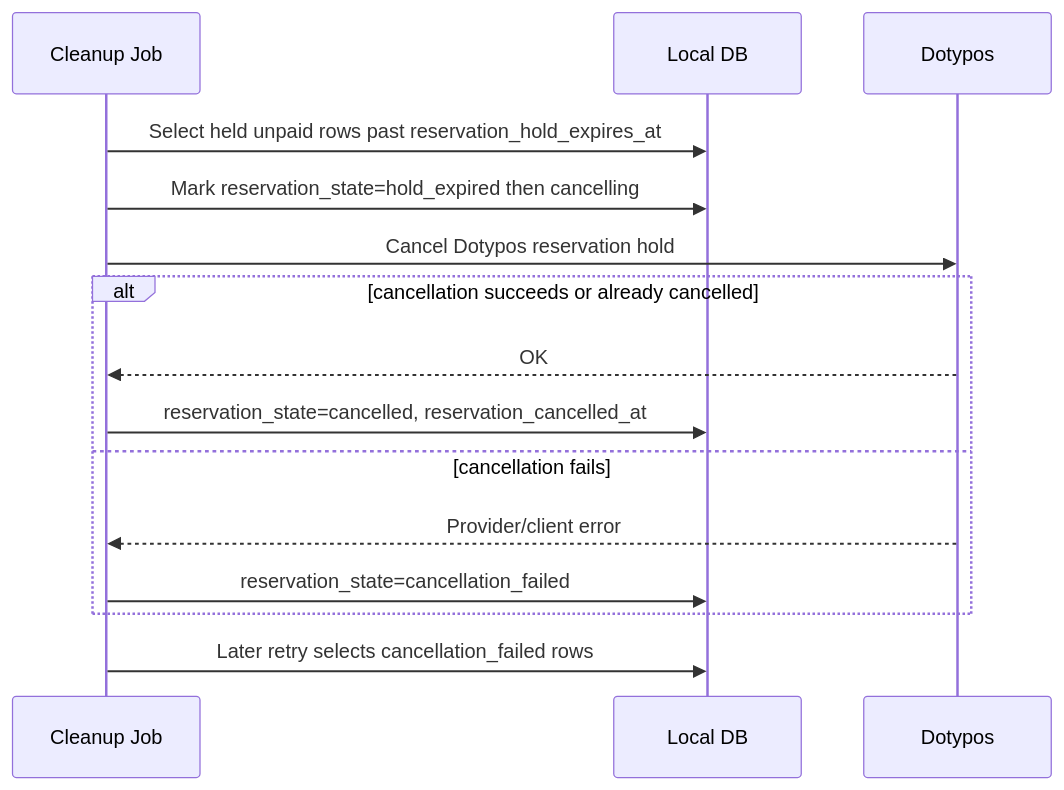
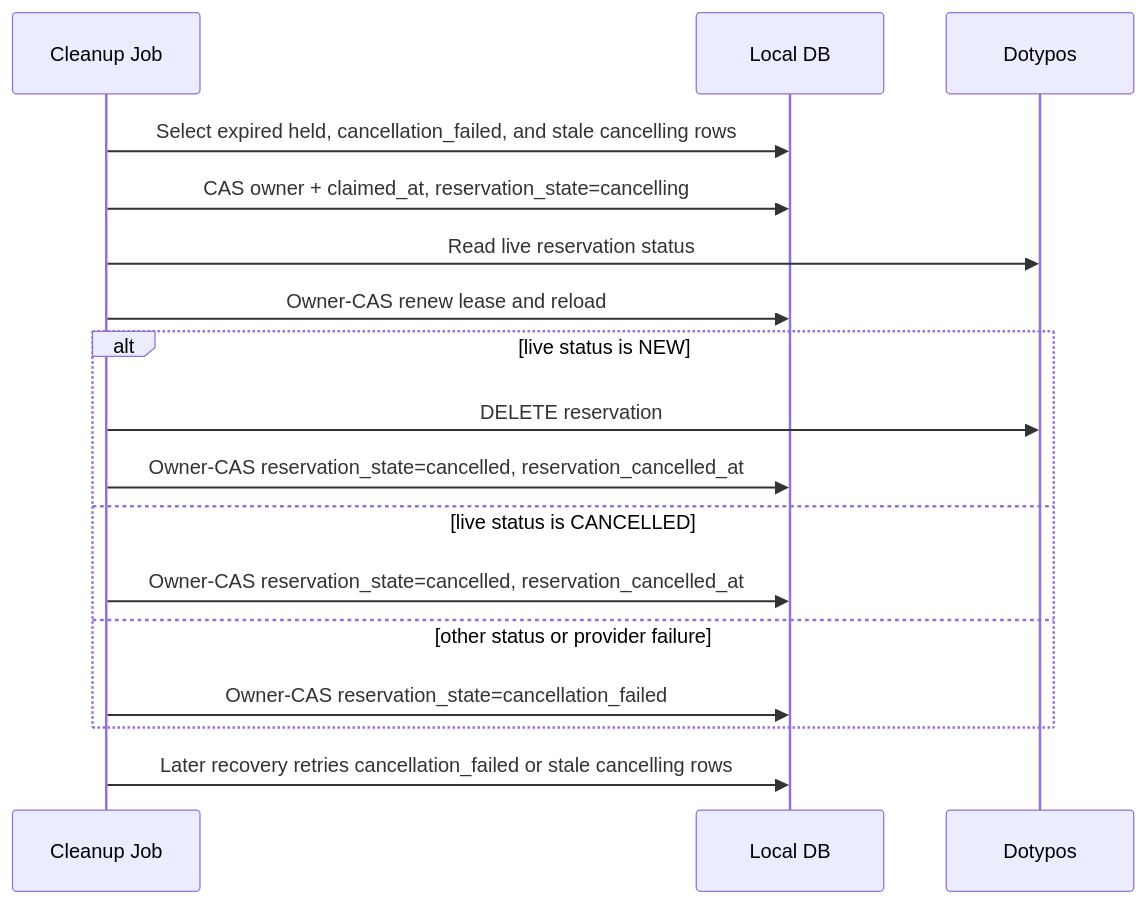
One commit to totalolage/deskohub-site changed the sixth of 6 diagrams in apps/deskohub-workspace/docs/checkout-lifecycle.md. Above: the diagram before and after it, drawn with Mermaid. The commit also changed other lines of this file and 10 other files, not shown here.

Commit message:
feat(workspace): make reservation cancellation ownership-safe

````diff
--- a/apps/deskohub-workspace/docs/checkout-lifecycle.md
+++ b/apps/deskohub-workspace/docs/checkout-lifecycle.md
@@ -452,18 +473,20 @@
 ```mermaid
 sequenceDiagram
   participant Job as Cleanup Job
   participant DB as Local DB
   participant Dotypos
 
-  Job->>DB: Select held unpaid rows past reservation_hold_expires_at
-  Job->>DB: Mark reservation_state=hold_expired then cancelling
-  Job->>Dotypos: Cancel Dotypos reservation hold
-  alt cancellation succeeds or already cancelled
-    Dotypos-->>Job: OK
-    Job->>DB: reservation_state=cancelled, reservation_cancelled_at
-  else cancellation fails
-    Dotypos-->>Job: Provider/client error
-    Job->>DB: reservation_state=cancellation_failed
+  Job->>DB: Select expired held, cancellation_failed, and stale cancelling rows
+  Job->>DB: CAS owner + claimed_at, reservation_state=cancelling
+  Job->>Dotypos: Read live reservation status
+  Job->>DB: Owner-CAS renew lease and reload
+  alt live status is NEW
+    Job->>Dotypos: DELETE reservation
+    Job->>DB: Owner-CAS reservation_state=cancelled, reservation_cancelled_at
+  else live status is CANCELLED
+    Job->>DB: Owner-CAS reservation_state=cancelled, reservation_cancelled_at
+  else other status or provider failure
+    Job->>DB: Owner-CAS reservation_state=cancellation_failed
   end
-  Job->>DB: Later retry selects cancellation_failed rows
+  Job->>DB: Later recovery retries cancellation_failed or stale cancelling rows
 ```
````
